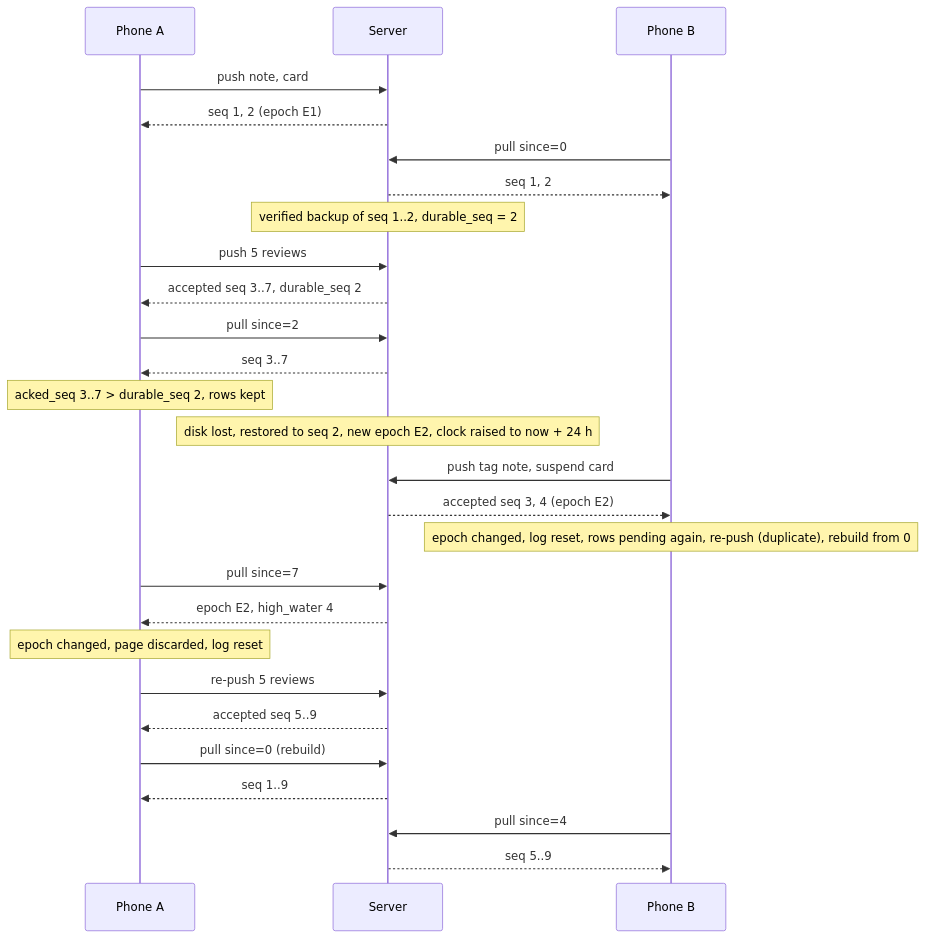
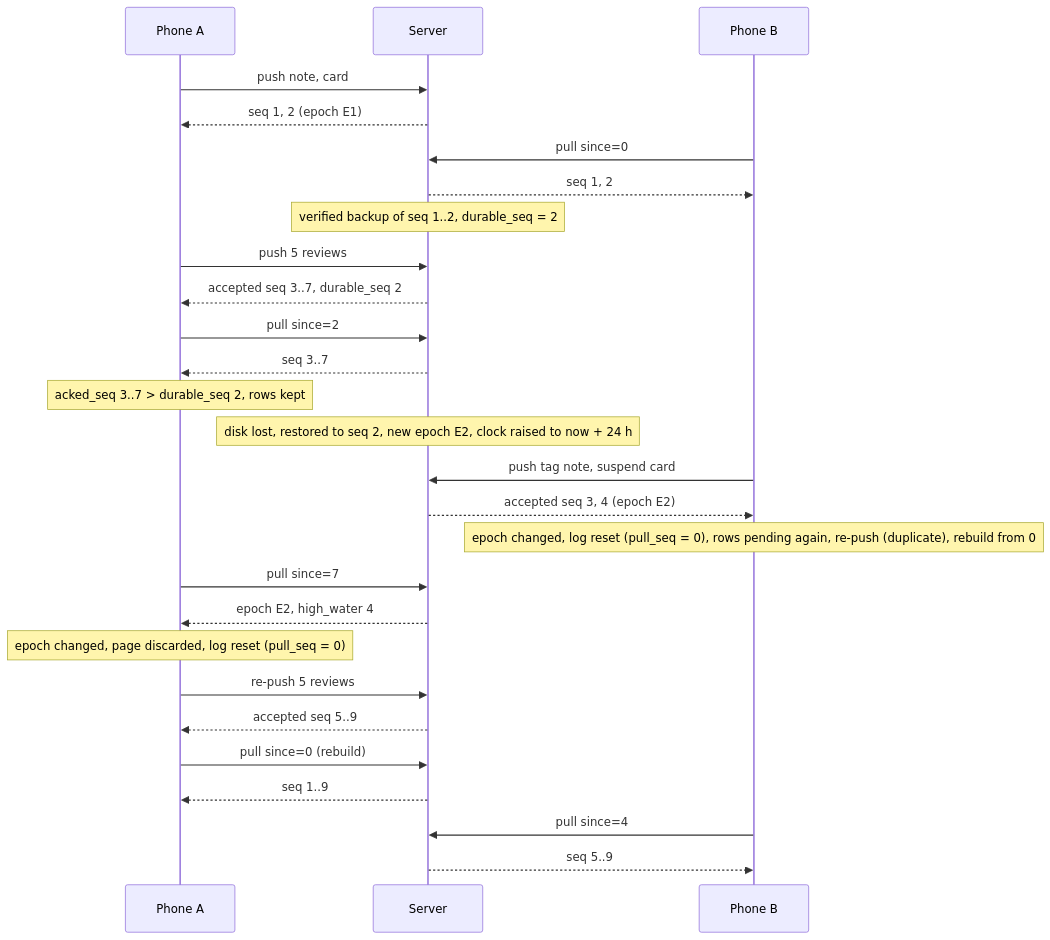
One commit to travishepworth/kotobaya changed the fourth of 6 diagrams in contracts/sync/SYNC.md. Above: the diagram before and after it, drawn with Mermaid. The commit also changed other lines of this file and 4 other files, not shown here.

First line of the commit message:
C-10: log reset sets pull_seq = 0 (no livelock after restore below pull_seq)

````diff
--- a/contracts/sync/SYNC.md
+++ b/contracts/sync/SYNC.md
@@ -1713,29 +1728,29 @@
 ```mermaid
 sequenceDiagram
     participant A as Phone A
     participant S as Server
     participant B as Phone B
     A->>S: push note, card
     S-->>A: seq 1, 2 (epoch E1)
     B->>S: pull since=0
     S-->>B: seq 1, 2
     Note over S: verified backup of seq 1..2, durable_seq = 2
     A->>S: push 5 reviews
     S-->>A: accepted seq 3..7, durable_seq 2
     A->>S: pull since=2
     S-->>A: seq 3..7
     Note over A: acked_seq 3..7 > durable_seq 2, rows kept
     Note over S: disk lost, restored to seq 2, new epoch E2, clock raised to now + 24 h
     B->>S: push tag note, suspend card
     S-->>B: accepted seq 3, 4 (epoch E2)
-    Note over B: epoch changed, log reset, rows pending again, re-push (duplicate), rebuild from 0
+    Note over B: epoch changed, log reset (pull_seq = 0), rows pending again, re-push (duplicate), rebuild from 0
     A->>S: pull since=7
     S-->>A: epoch E2, high_water 4
-    Note over A: epoch changed, page discarded, log reset
+    Note over A: epoch changed, page discarded, log reset (pull_seq = 0)
     A->>S: re-push 5 reviews
     S-->>A: accepted seq 5..9
     A->>S: pull since=0 (rebuild)
     S-->>A: seq 1..9
     B->>S: pull since=4
     S-->>B: seq 5..9
 ```
````
